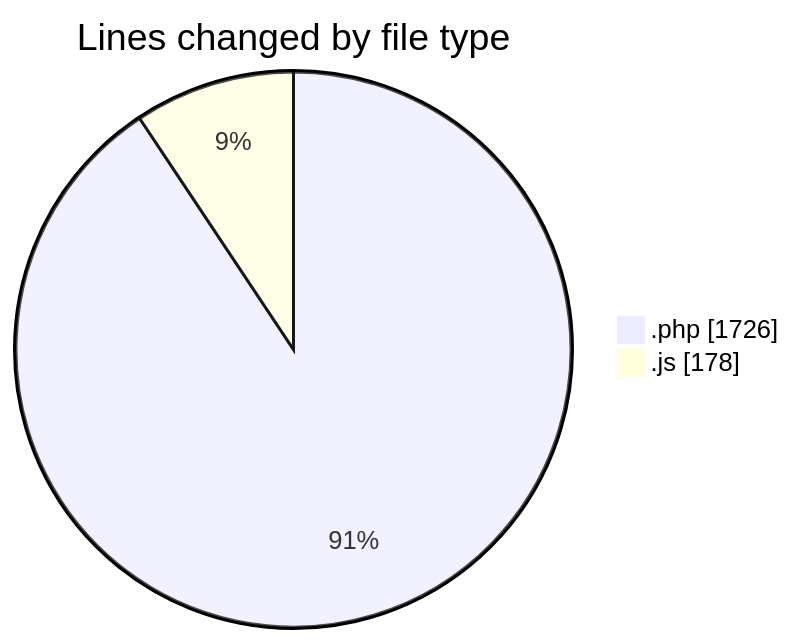
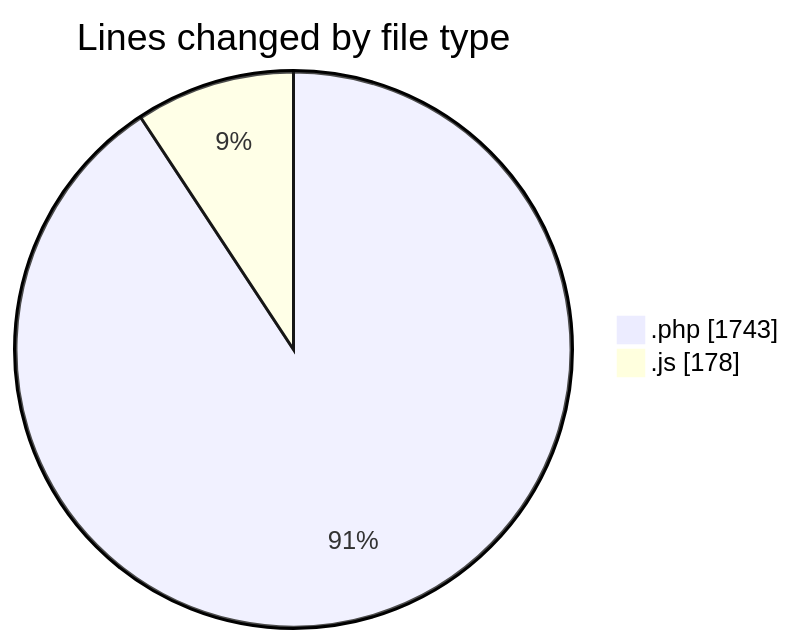
The first of 2 diagrams in 2026-07-09/wp-content/README.md (debugP/code-tracking), drawn with Mermaid before and after one commit. The commit also changed other lines of this file and 1 other file, not shown here.

````diff
--- a/2026-07-09/wp-content/README.md
+++ b/2026-07-09/wp-content/README.md
@@ -23,6 +23,6 @@
 ```mermaid
 pie showData
 title Lines changed by file type
-".php" : 1726
+".php" : 1743
 ".js" : 178
 ```
````
